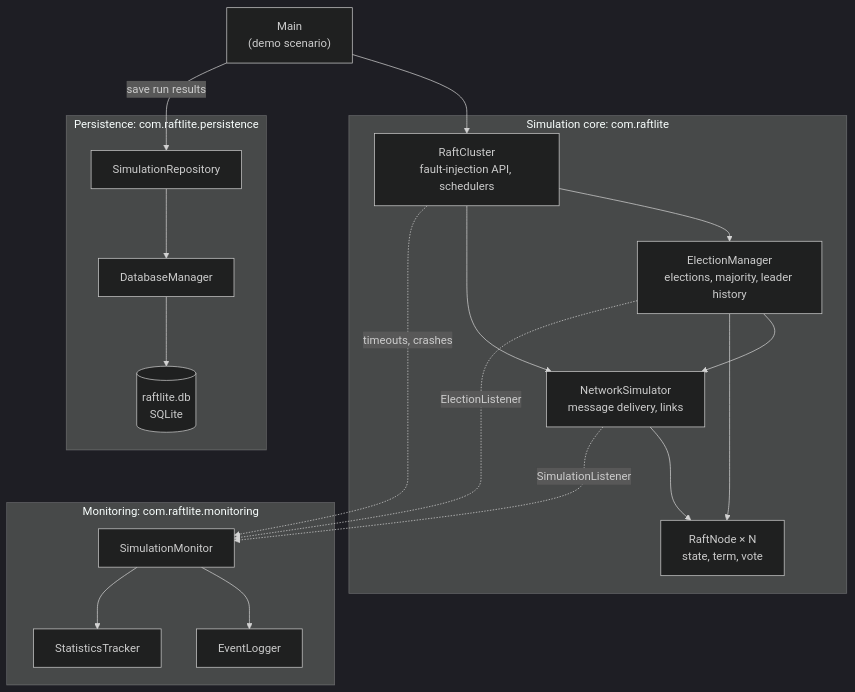
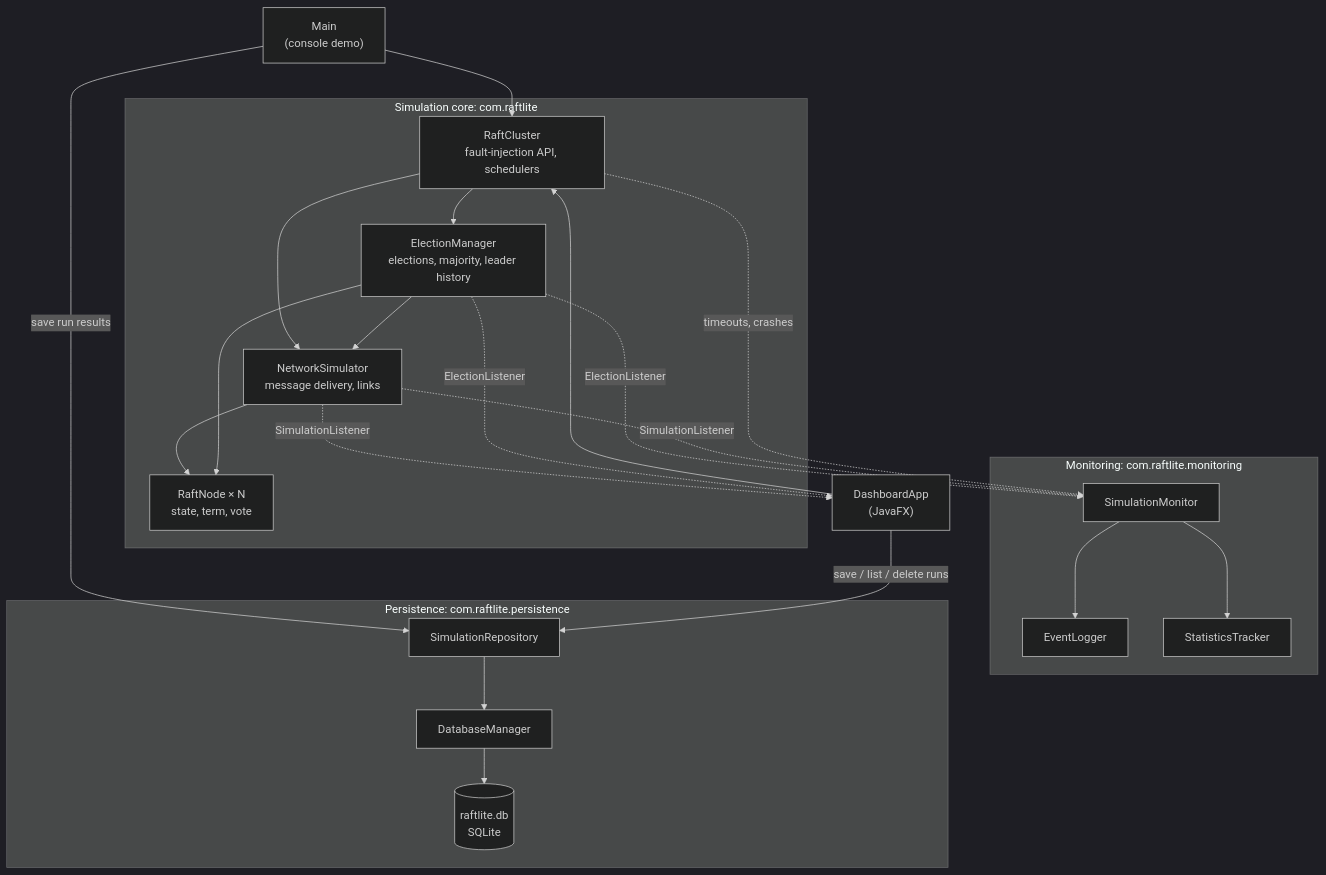
The first of 4 diagrams in docs/02-system-design.md (Anushka-Verma-CODES/RaftLite), drawn with Mermaid (dark theme) before and after one commit. The commit also changed other lines of this file and 22 other files, not shown here.

Commit message:
Add dashboard and simulation enhancements

````diff
--- a/docs/02-system-design.md
+++ b/docs/02-system-design.md
@@ -9,37 +9,42 @@
 ```mermaid
 flowchart TB
-    Main["Main<br/>(demo scenario)"]
+    Main["Main<br/>(console demo)"]
+    UI["DashboardApp<br/>(JavaFX)"]
 
     subgraph Core["Simulation core: com.raftlite"]
         Cluster["RaftCluster<br/>fault-injection API, schedulers"]
         EM["ElectionManager<br/>elections, majority, leader history"]
         Net["NetworkSimulator<br/>message delivery, links"]
         Node["RaftNode × N<br/>state, term, vote"]
     end
 
     subgraph Mon["Monitoring: com.raftlite.monitoring"]
         SM["SimulationMonitor"]
         Log["EventLogger"]
         Stats["StatisticsTracker"]
     end
 
     subgraph DB["Persistence: com.raftlite.persistence"]
         Repo["SimulationRepository"]
         DBM["DatabaseManager"]
         File[("raftlite.db<br/>SQLite")]
     end
 
     Main --> Cluster
     Cluster --> EM
     Cluster --> Net
     EM --> Net
     Net --> Node
     EM --> Node
     EM -. ElectionListener .-> SM
     Net -. SimulationListener .-> SM
     Cluster -. timeouts, crashes .-> SM
     SM --> Log
     SM --> Stats
     Main -- "save run results" --> Repo
+    UI --> Cluster
+    Net -. SimulationListener .-> UI
+    EM -. ElectionListener .-> UI
+    UI -- "save / list / delete runs" --> Repo
     Repo --> DBM --> File
 ```
````
